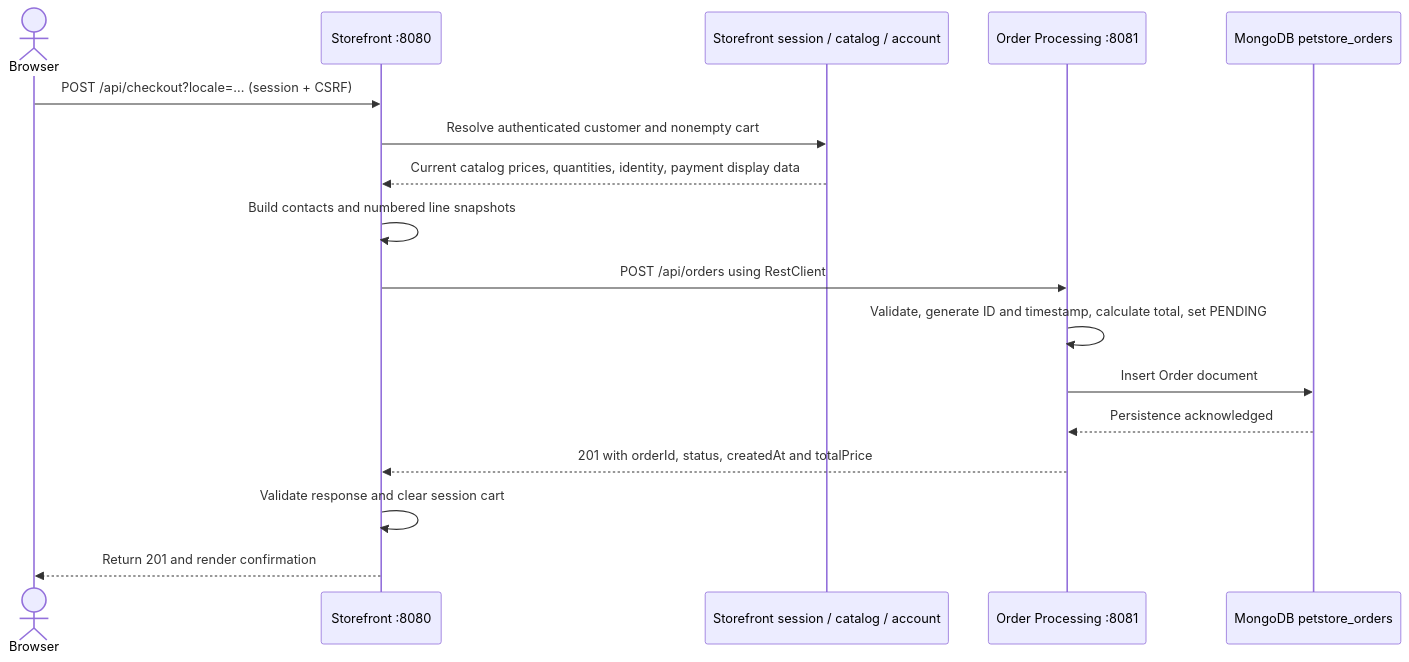
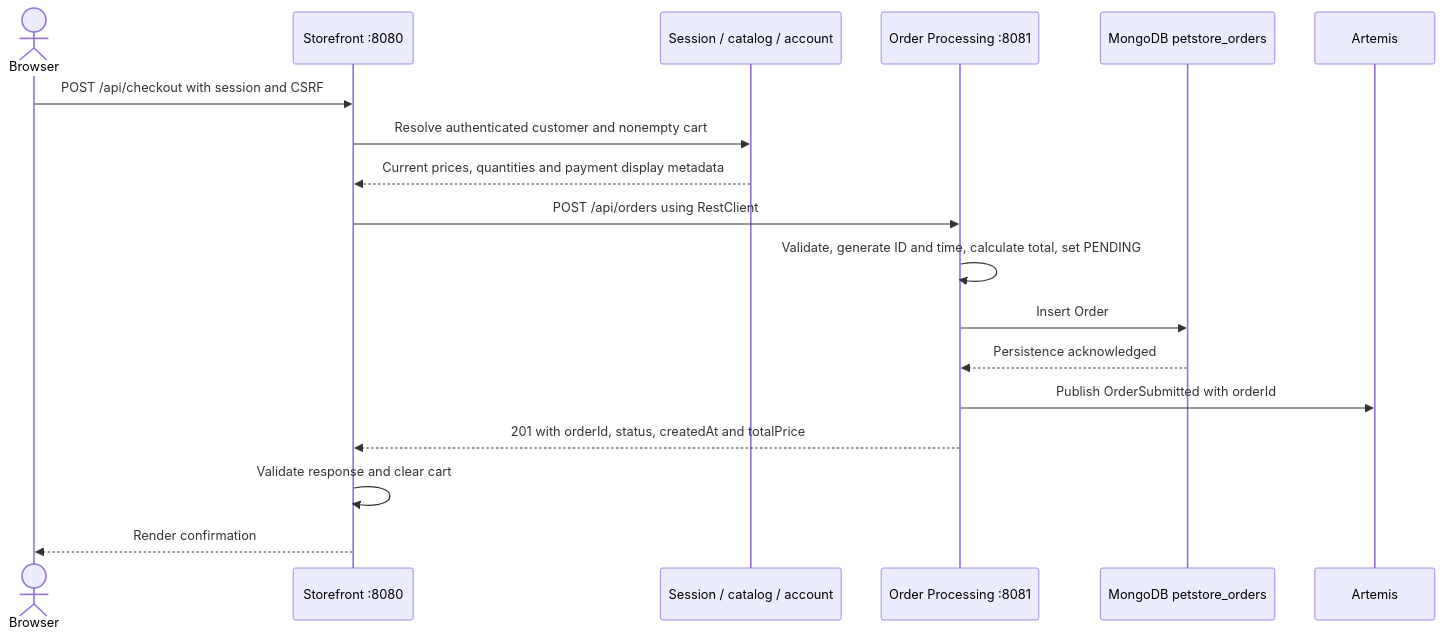
The first of 2 diagrams in docs/07-order-processing.md (the-sagar/petstore-modernized), drawn with Mermaid before and after one commit. The commit also changed other lines of this file and 10 other files, not shown here.

````diff
--- a/docs/07-order-processing.md
+++ b/docs/07-order-processing.md
@@ -7,20 +7,20 @@
 ```mermaid
 sequenceDiagram
     actor Browser
     participant S as Storefront :8080
-    participant C as Storefront session / catalog / account
+    participant C as Session / catalog / account
     participant O as Order Processing :8081
     participant M as MongoDB petstore_orders
-
-    Browser->>S: POST /api/checkout?locale=... (session + CSRF)
+    participant J as Artemis
+    Browser->>S: POST /api/checkout with session and CSRF
     S->>C: Resolve authenticated customer and nonempty cart
-    C-->>S: Current catalog prices, quantities, identity, payment display data
-    S->>S: Build contacts and numbered line snapshots
+    C-->>S: Current prices, quantities and payment display metadata
     S->>O: POST /api/orders using RestClient
-    O->>O: Validate, generate ID and timestamp, calculate total, set PENDING
-    O->>M: Insert Order document
+    O->>O: Validate, generate ID and time, calculate total, set PENDING
+    O->>M: Insert Order
     M-->>O: Persistence acknowledged
+    O->>J: Publish OrderSubmitted with orderId
     O-->>S: 201 with orderId, status, createdAt and totalPrice
-    S->>S: Validate response and clear session cart
-    S-->>Browser: Return 201 and render confirmation
+    S->>S: Validate response and clear cart
+    S-->>Browser: Render confirmation
 ```
````
